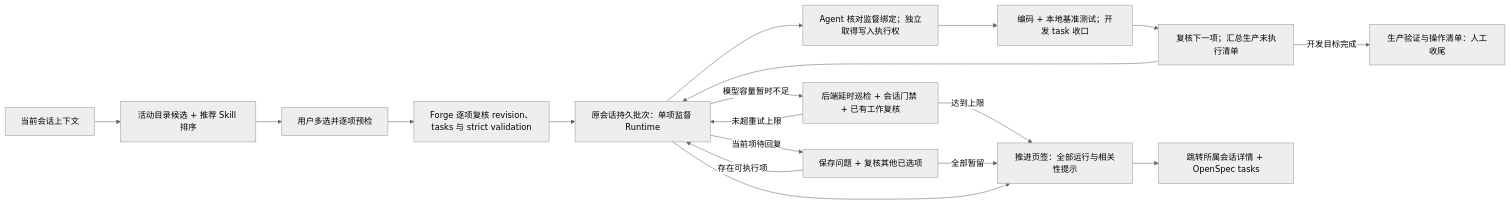
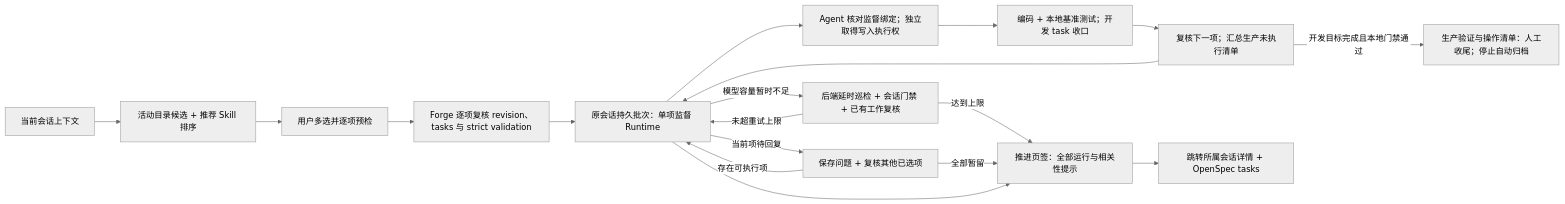
Before and after one commit to exception-coder/kai-toolbox: the third of 7 diagrams in docs/ai-coding-architecture.md, drawn with Mermaid (neutral theme). The commit also changed other lines of this file and 9 other files, not shown here.

````diff
--- a/docs/ai-coding-architecture.md
+++ b/docs/ai-coding-architecture.md
@@ -171,20 +173,20 @@
 ```mermaid
 flowchart LR
     SESSION["当前会话上下文"] --> PREVIEW["活动目录候选 + 推荐 Skill 排序"]
     PREVIEW --> CONFIRM["用户多选并逐项预检"]
     CONFIRM --> RECHECK["Forge 逐项复核 revision、tasks 与 strict validation"]
     RECHECK --> RUNTIME["原会话持久批次：单项监督 Runtime"]
     RUNTIME --> WRITER["Agent 核对监督绑定；独立取得写入执行权"]
     RUNTIME -->|"模型容量暂时不足"| RETRY["后端延时巡检 + 会话门禁 + 已有工作复核"]
     RETRY -->|"未超重试上限"| RUNTIME
     RETRY -->|"达到上限"| BOARD
     WRITER --> LOCAL["编码 + 本地基准测试；开发 task 收口"]
     LOCAL --> NEXT["复核下一项；汇总生产未执行清单"]
     NEXT --> RUNTIME
-    NEXT -->|"开发目标完成"| HANDOFF["生产验证与操作清单：人工收尾"]
+    NEXT -->|"开发目标完成且本地门禁通过"| HANDOFF["生产验证与操作清单：人工收尾；停止自动归档"]
     RUNTIME -->|"当前项待回复"| DEFER["保存问题 + 复核其他已选项"]
     DEFER -->|"存在可执行项"| RUNTIME
     DEFER -->|"全部暂留"| BOARD
     RUNTIME --> BOARD["推进页签：全部运行与相关性提示"]
     BOARD --> DETAIL["跳转所属会话详情 + OpenSpec tasks"]
 ```
````
